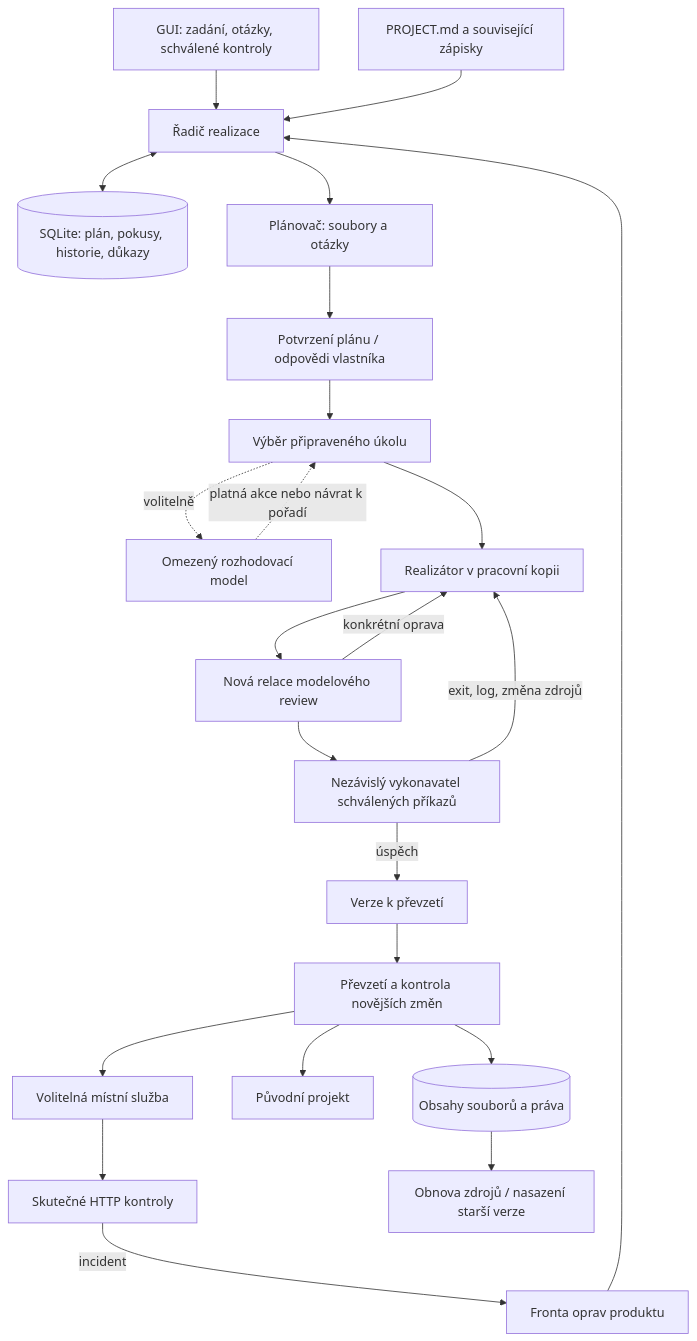
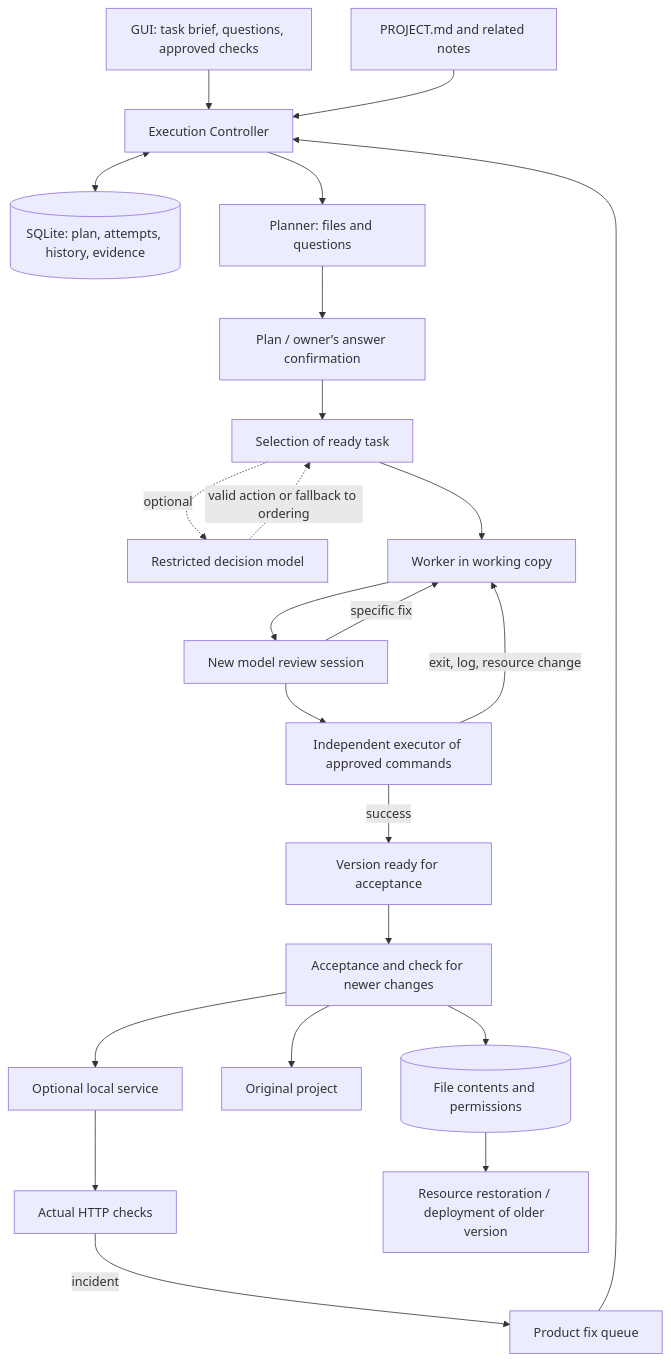
Before and after one commit to RulezZzOr/miner: the diagram in studio/docs/CONTROL_LOOP.md, drawn with Mermaid. The commit also changed other lines of this file and 55 other files, not shown here.

````diff
--- a/studio/docs/CONTROL_LOOP.md
+++ b/studio/docs/CONTROL_LOOP.md
@@ -15,25 +8,25 @@
 ```mermaid
 flowchart TD
-  UI[GUI: zadání, otázky, schválené kontroly] --> M[Řadič realizace]
-  Notes[PROJECT.md a související zápisky] --> M
-  M <--> DB[(SQLite: plán, pokusy, historie, důkazy)]
-  M --> Plan[Plánovač: soubory a otázky]
-  Plan --> Gate[Potvrzení plánu / odpovědi vlastníka]
-  Gate --> Select[Výběr připraveného úkolu]
-  Select -. volitelně .-> Decision[Omezený rozhodovací model]
-  Decision -. platná akce nebo návrat k pořadí .-> Select
-  Select --> Work[Realizátor v pracovní kopii]
-  Work --> Review[Nová relace modelového review]
-  Review -->|konkrétní oprava| Work
-  Review --> Check[Nezávislý vykonavatel schválených příkazů]
-  Check -->|exit, log, změna zdrojů| Work
-  Check -->|úspěch| Ready[Verze k převzetí]
-  Ready --> Accept[Převzetí a kontrola novějších změn]
-  Accept --> Objects[(Obsahy souborů a práva)]
-  Accept --> Original[Původní projekt]
-  Accept --> Service[Volitelná místní služba]
-  Service --> Health[Skutečné HTTP kontroly]
-  Health -->|incident| Queue[Fronta oprav produktu]
+  UI[GUI: task brief, questions, approved checks] --> M[Execution Controller]
+  Notes[PROJECT.md and related notes] --> M
+  M <--> DB[(SQLite: plan, attempts, history, evidence)]
+  M --> Plan[Planner: files and questions]
+  Plan --> Gate[Plan / owner’s answer confirmation]
+  Gate --> Select[Selection of ready task]
+  Select -. optional .-> Decision[Restricted decision model]
+  Decision -. valid action or fallback to ordering .-> Select
+  Select --> Work[Worker in working copy]
+  Work --> Review[New model review session]
+  Review -->|specific fix| Work
+  Review --> Check[Independent executor of approved commands]
+  Check -->|exit, log, resource change| Work
+  Check -->|success| Ready[Version ready for acceptance]
+  Ready --> Accept[Acceptance and check for newer changes]
+  Accept --> Objects[(File contents and permissions)]
+  Accept --> Original[Original project]
+  Accept --> Service[Optional local service]
+  Service --> Health[Actual HTTP checks]
+  Health -->|incident| Queue[Product fix queue]
   Queue --> M
-  Objects --> Restore[Obnova zdrojů / nasazení starší verze]
+  Objects --> Restore[Resource restoration / deployment of older version]
 ```
````
